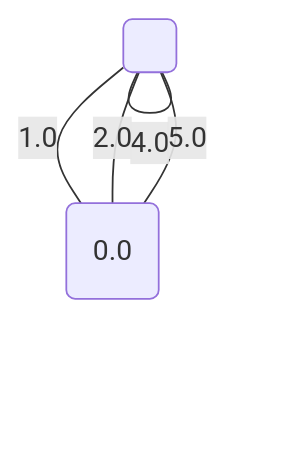
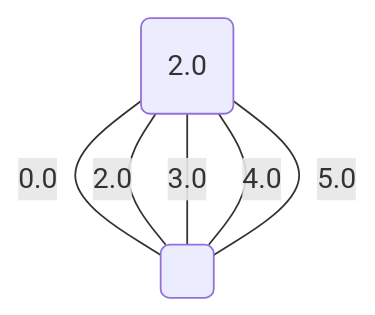
The fifth of 5 diagrams in project/src/testing/minCut.md (metury/graphs), drawn with Mermaid before and after one commit. The commit also changed other lines of this file and 2 other files, not shown here.

````diff
--- a/project/src/testing/minCut.md
+++ b/project/src/testing/minCut.md
@@ -81,10 +81,10 @@
 ```mermaid
 graph TD;
-0("0.0");
+0("2.0");
 1(" ");
-	1 -- "0.0" --- 1;
-	1 -- "1.0" --- 0;
+	0 -- "0.0" --- 1;
 	1 -- "2.0" --- 0;
-	1 -- "4.0" --- 1;
+	1 -- "3.0" --- 0;
+	1 -- "4.0" --- 0;
 	1 -- "5.0" --- 0;
 ```
````
